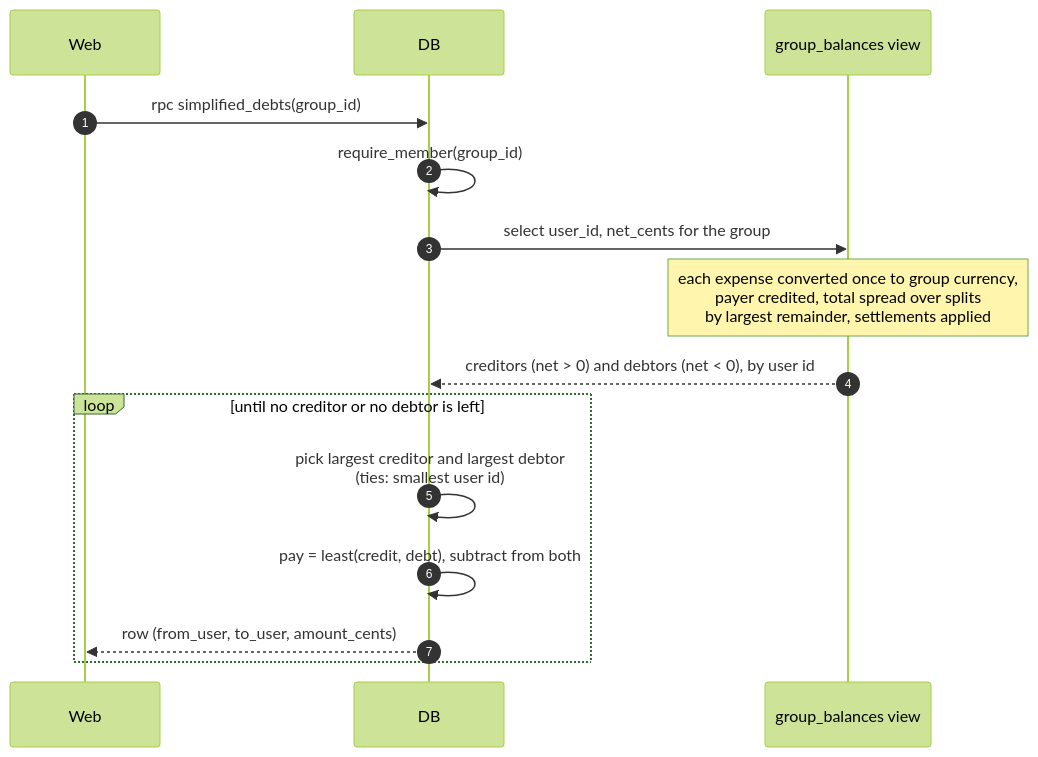
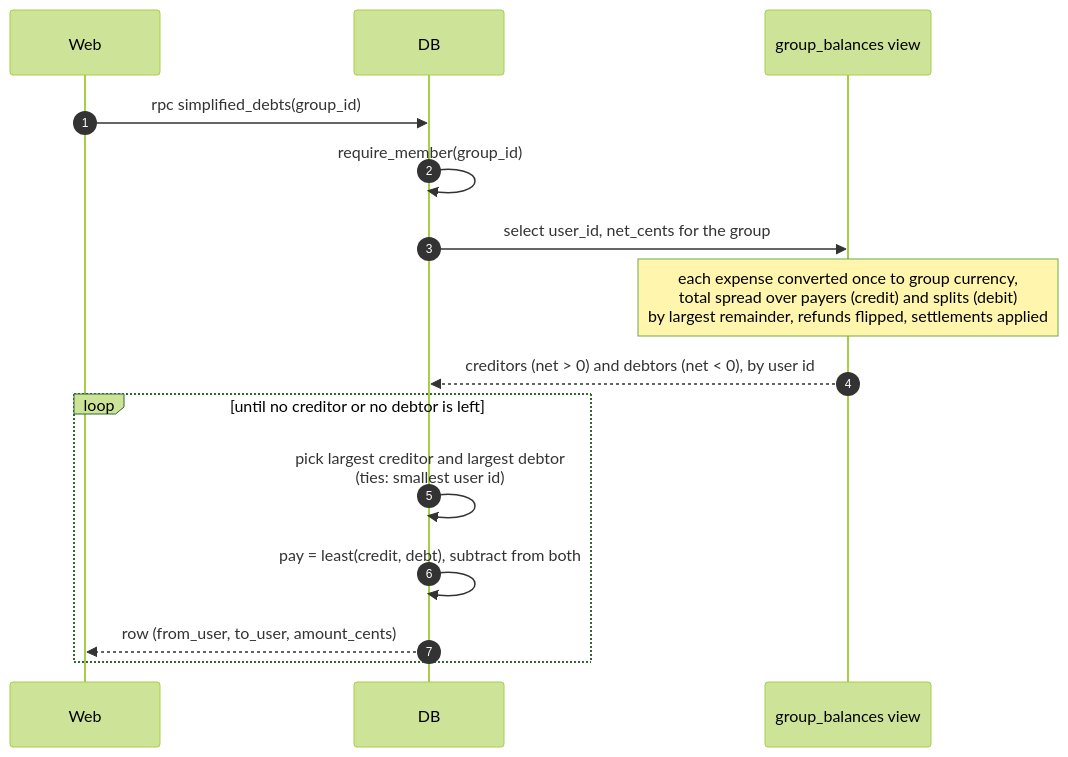
One commit to Fermulate/potluck changed the sixth of 15 diagrams in docs/sequences.md. Above: the diagram before and after it, drawn with Mermaid (forest theme). The commit also changed other lines of this file and 11 other files, not shown here.

Commit message:
docs: adr 12, expense entry in architecture, sequences and the parity matrix

````diff
--- a/docs/sequences.md
+++ b/docs/sequences.md
@@ -214,18 +219,18 @@
 ```mermaid
 sequenceDiagram
   autonumber
   participant W as Web
   participant DB as DB
   participant V as group_balances view
 
   W->>DB: rpc simplified_debts(group_id)
   DB->>DB: require_member(group_id)
   DB->>V: select user_id, net_cents for the group
-  Note over V: each expense converted once to group currency,<br/>payer credited, total spread over splits<br/>by largest remainder, settlements applied
+  Note over V: each expense converted once to group currency,<br/>total spread over payers (credit) and splits (debit)<br/>by largest remainder, refunds flipped, settlements applied
   V-->>DB: creditors (net > 0) and debtors (net < 0), by user id
   loop until no creditor or no debtor is left
     DB->>DB: pick largest creditor and largest debtor<br/>(ties: smallest user id)
     DB->>DB: pay = least(credit, debt), subtract from both
     DB-->>W: row (from_user, to_user, amount_cents)
   end
 ```
````
